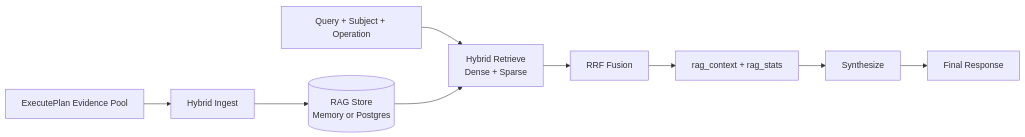
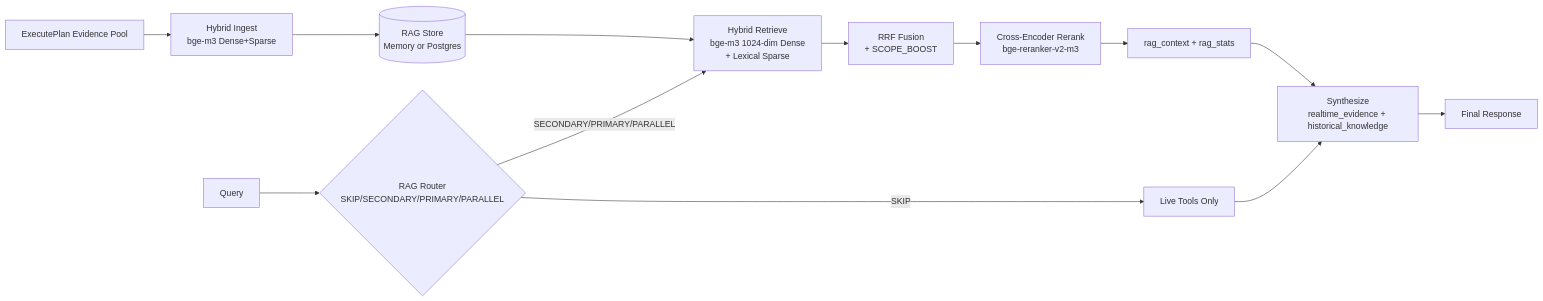
One commit to kkkano/FinSight changed the diagram in docs/05_RAG_ARCHITECTURE.md. Above: the diagram before and after it, drawn with Mermaid. The commit also changed other lines of this file and 13 other files, not shown here.

````diff
--- a/docs/05_RAG_ARCHITECTURE.md
+++ b/docs/05_RAG_ARCHITECTURE.md
@@ -56,11 +56,15 @@
 ```mermaid
 flowchart LR
-  EXEC[ExecutePlan Evidence Pool] --> INGEST[Hybrid Ingest]
-  INGEST --> STORE[(RAG Store\nMemory or Postgres)]
-  Q[Query + Subject + Operation] --> RETR[Hybrid Retrieve\nDense + Sparse]
+  EXEC[ExecutePlan Evidence Pool] --> INGEST[Hybrid Ingest<br/>bge-m3 Dense+Sparse]
+  INGEST --> STORE[(RAG Store<br/>Memory or Postgres)]
+  Q[Query] --> ROUTER{RAG Router<br/>SKIP/SECONDARY/PRIMARY/PARALLEL}
+  ROUTER -->|SKIP| LIVE[Live Tools Only]
+  ROUTER -->|SECONDARY/PRIMARY/PARALLEL| RETR[Hybrid Retrieve<br/>bge-m3 1024-dim Dense<br/>+ Lexical Sparse]
   STORE --> RETR
-  RETR --> RRF[RRF Fusion]
-  RRF --> OUTCTX[rag_context + rag_stats]
-  OUTCTX --> SYN[Synthesize]
+  RETR --> RRF[RRF Fusion<br/>+ SCOPE_BOOST]
+  RRF --> RERANK[Cross-Encoder Rerank<br/>bge-reranker-v2-m3]
+  RERANK --> OUTCTX[rag_context + rag_stats]
+  OUTCTX --> SYN[Synthesize<br/>realtime_evidence + historical_knowledge]
+  LIVE --> SYN
   SYN --> RESP[Final Response]
 ```
````
